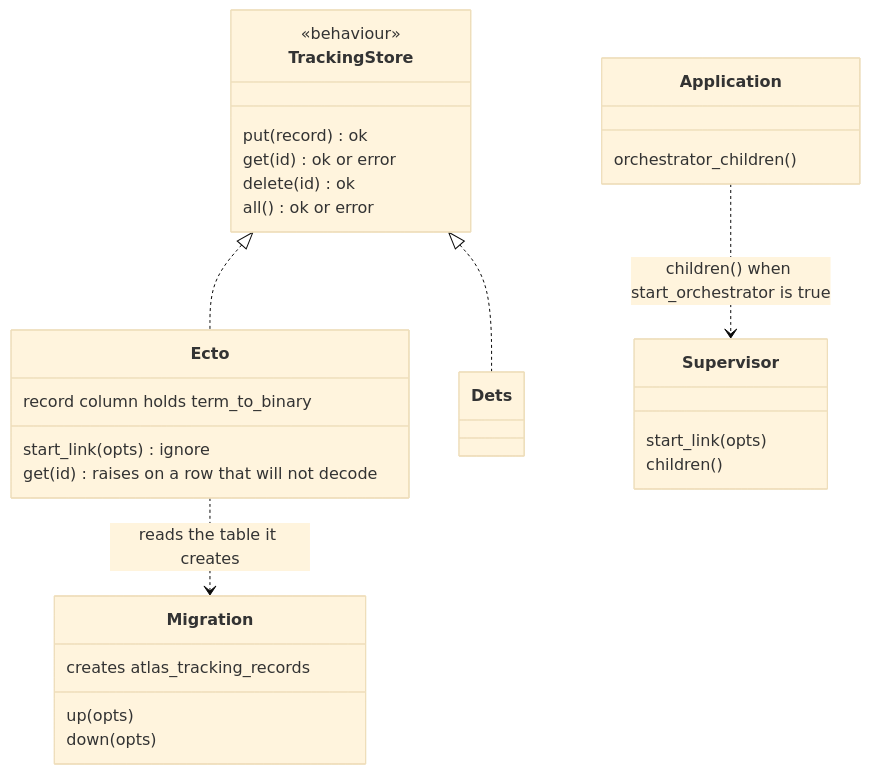
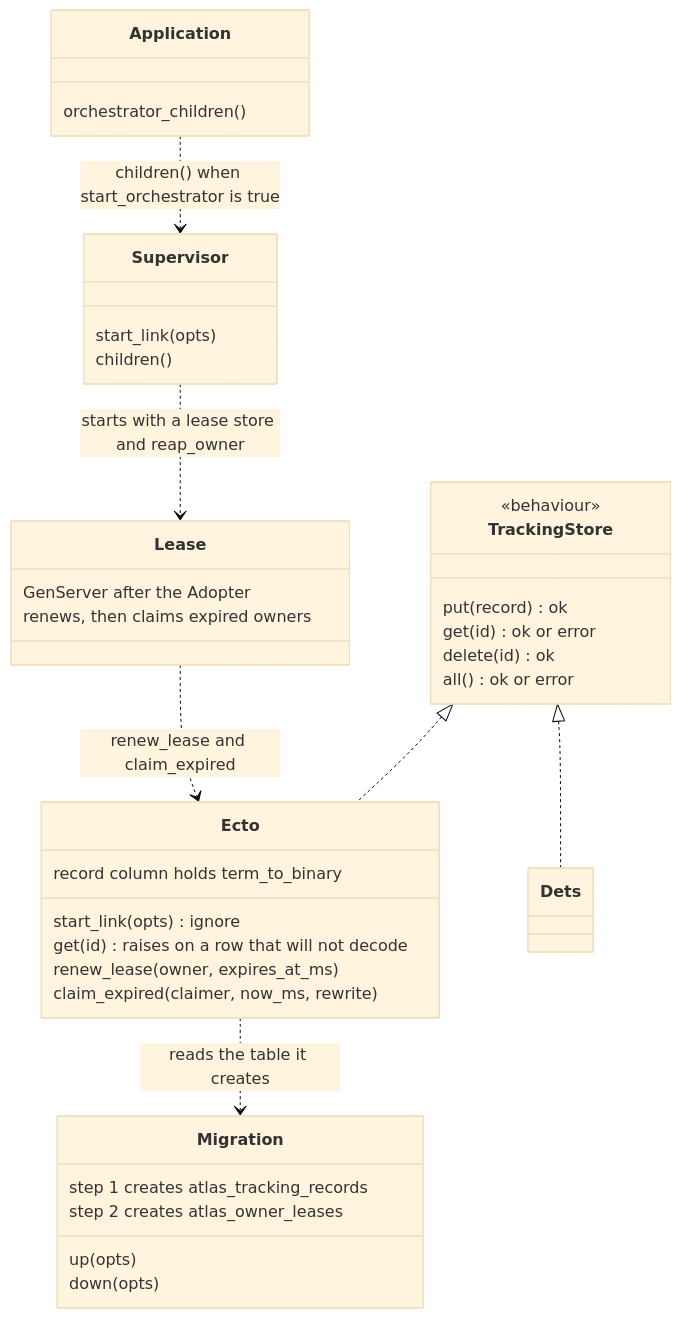
One commit to udin-io/ex_atlas changed the second of 13 diagrams in docs/architecture.md. Above: the diagram before and after it, drawn with Mermaid (base theme). The commit also changed other lines of this file and 19 other files, not shown here.

First line of the commit message:
Owner leases: a live node adopts a dead node's signed records (DB store slice 3) (#139)

````diff
--- a/docs/architecture.md
+++ b/docs/architecture.md
@@ -95,32 +97,41 @@
 ```mermaid
 classDiagram
   class TrackingStore {
     <<behaviour>>
     put(record) ok
     get(id) ok or error
     delete(id) ok
     all() ok or error
   }
   class Ecto {
     start_link(opts) ignore
     get(id) raises on a row that will not decode
     record column holds term_to_binary
+    renew_lease(owner, expires_at_ms)
+    claim_expired(claimer, now_ms, rewrite)
   }
   class Migration {
     up(opts)
     down(opts)
-    creates atlas_tracking_records
+    step 1 creates atlas_tracking_records
+    step 2 creates atlas_owner_leases
+  }
+  class Lease {
+    GenServer after the Adopter
+    renews, then claims expired owners
   }
   class Supervisor {
     start_link(opts)
     children()
   }
   class Application {
     orchestrator_children()
   }
   class Dets
   TrackingStore <|.. Ecto
   TrackingStore <|.. Dets
   Ecto ..> Migration : reads the table it creates
   Application ..> Supervisor : children() when start_orchestrator is true
+  Supervisor ..> Lease : starts with a lease store and reap_owner
+  Lease ..> Ecto : renew_lease and claim_expired
 ```
````
